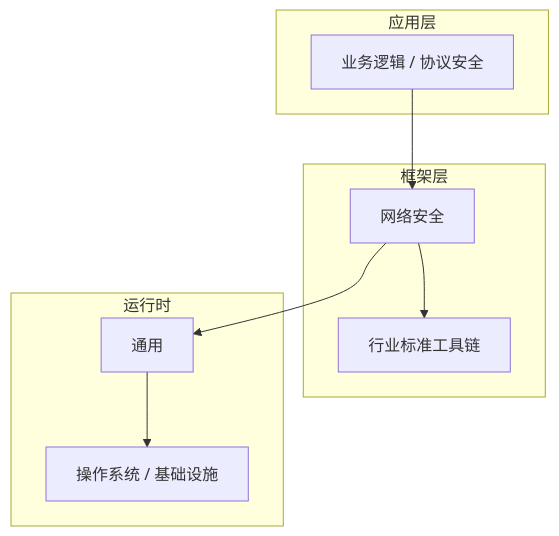
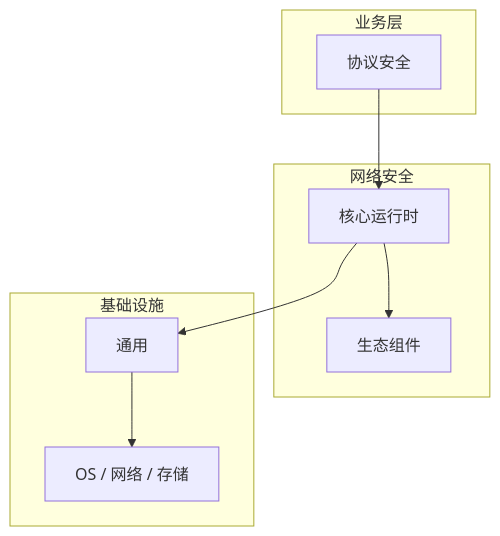
One commit to yanggan2015/knowledge-json-v2 changed the diagram in articles/网络安全/chapters/071-协议安全核心概念与原理.md. Above: the diagram before and after it, drawn with Mermaid. The commit also changed other lines of this file and 10127 other files, not shown here.

````diff
--- a/articles/网络安全/chapters/071-协议安全核心概念与原理.md
+++ b/articles/网络安全/chapters/071-协议安全核心概念与原理.md
@@ -46,18 +35,18 @@
 ```mermaid
 graph TB
-    subgraph 应用层
-        A[业务逻辑 / 协议安全]
+    subgraph 业务层
+        A[协议安全]
     end
-    subgraph 框架层
-        B[网络安全]
-        C[行业标准工具链]
+    subgraph 网络安全
+        B[核心运行时]
+        C[生态组件]
     end
-    subgraph 运行时
+    subgraph 基础设施
         D[通用]
-        E[操作系统 / 基础设施]
+        E[OS / 网络 / 存储]
     end
     A --> B
     B --> C
     B --> D
     D --> E
 ```
````
